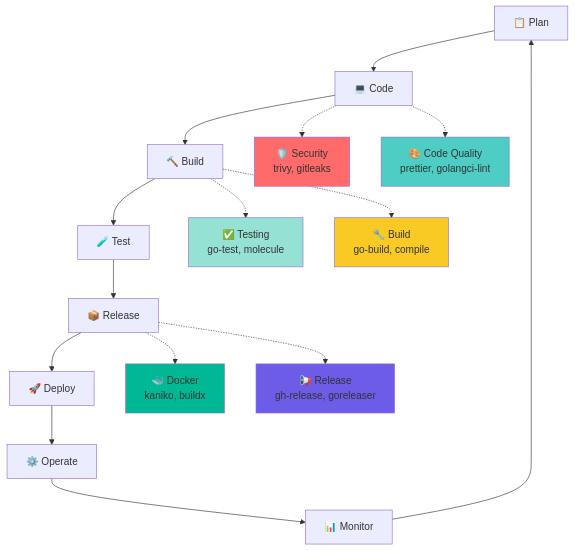
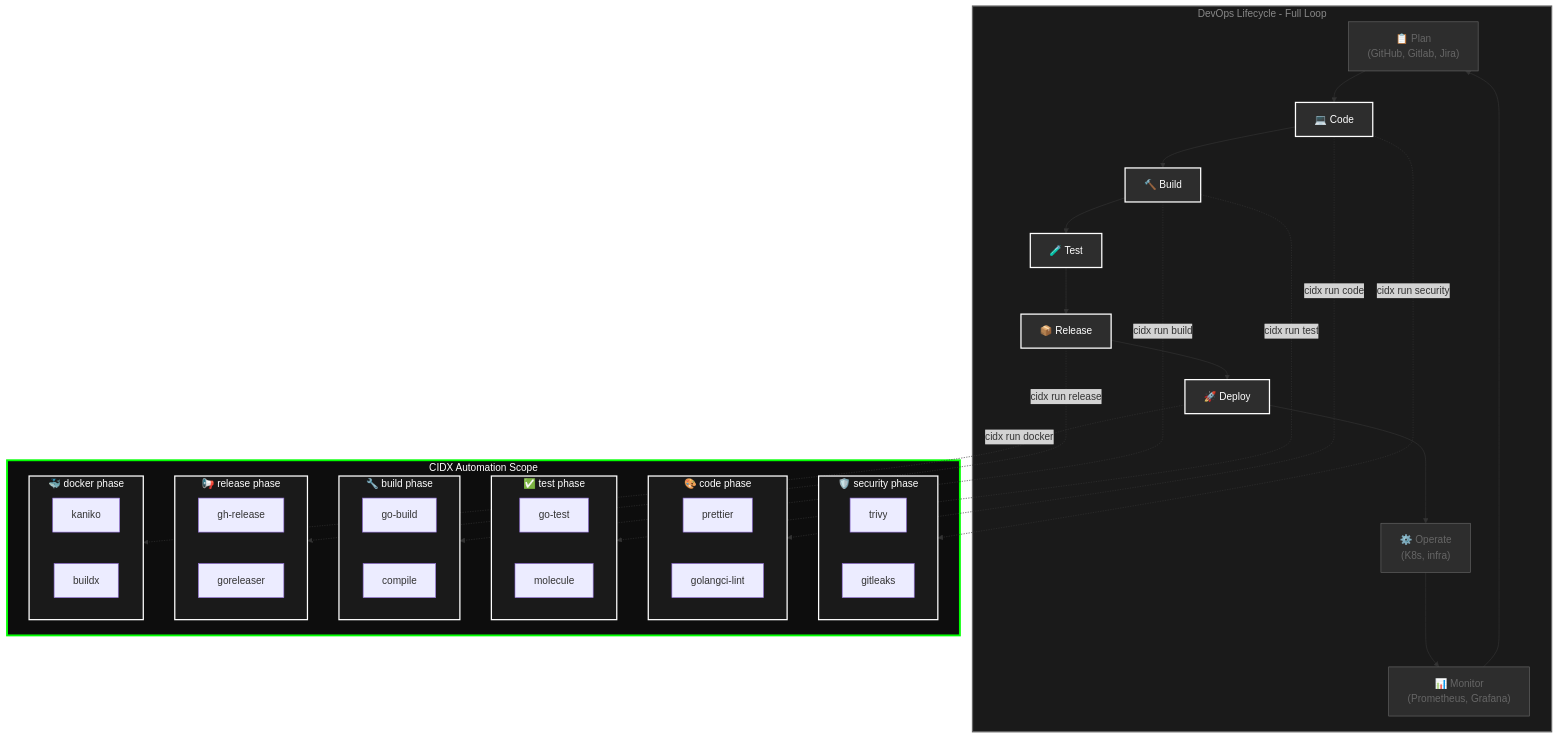
Before and after one commit to cidx-org/cidx: the first of 6 diagrams in docs/devops-integration.md, drawn with Mermaid. The commit also changed other lines of this file and 20 other files, not shown here.

````diff
--- a/docs/devops-integration.md
+++ b/docs/devops-integration.md
@@ -7,40 +20,79 @@
 ```mermaid
 flowchart TB
-    PLAN[📋 Plan]
-    CODE[💻 Code]
-    BUILD[🔨 Build]
-    TEST[🧪 Test]
-    RELEASE[📦 Release]
-    DEPLOY[🚀 Deploy]
-    OPERATE[⚙️ Operate]
-    MONITOR[📊 Monitor]
+    subgraph DevOps["DevOps Lifecycle - Full Loop"]
+        PLAN["📋 Plan<br/>(GitHub, Gitlab, Jira)"]
+        CODE[💻 Code]
+        BUILD[🔨 Build]
+        TEST[🧪 Test]
+        RELEASE[📦 Release]
+        DEPLOY[🚀 Deploy]
+        OPERATE["⚙️ Operate<br/>(K8s, infra)"]
+        MONITOR["📊 Monitor<br/>(Prometheus, Grafana)"]
 
-    SECURITY[🛡️ Security\ntrivy, gitleaks]
-    QUALITY[🎨 Code Quality\nprettier, golangci-lint]
-    TESTING[✅ Testing\ngo-test, molecule]
-    BUILDING[🔧 Build\ngo-build, compile]
-    DOCKER[🐳 Docker\nkaniko, buildx]
-    GH_RELEASE[📢 Release\ngh-release, goreleaser]
+        PLAN --> CODE
+        CODE --> BUILD
+        BUILD --> TEST
+        TEST --> RELEASE
+        RELEASE --> DEPLOY
+        DEPLOY --> OPERATE
+        OPERATE --> MONITOR
+        MONITOR --> PLAN
+    end
 
-    PLAN --> CODE
-    CODE --> BUILD
-    CODE -.-> SECURITY
-    CODE -.-> QUALITY
-    BUILD --> TEST
-    BUILD -.-> TESTING
-    BUILD -.-> BUILDING
-    TEST --> RELEASE
-    RELEASE -.-> DOCKER
-    RELEASE -.-> GH_RELEASE
-    RELEASE --> DEPLOY
-    DEPLOY --> OPERATE
-    OPERATE --> MONITOR
-    MONITOR --> PLAN
+    subgraph CIDX_SCOPE["CIDX Automation Scope"]
+        subgraph SECURITY["🛡️ security phase"]
+            SEC1[trivy]
+            SEC2[gitleaks]
+        end
 
-    style SECURITY fill:#ff6b6b
-    style QUALITY fill:#4ecdc4
-    style TESTING fill:#95e1d3
-    style BUILDING fill:#f9ca24
-    style DOCKER fill:#00b894
-    style GH_RELEASE fill:#6c5ce7
+        subgraph QUALITY["🎨 code phase"]
+            QUAL1[prettier]
+            QUAL2[golangci-lint]
+        end
+
+        subgraph TESTING["✅ test phase"]
+            TEST1[go-test]
+            TEST2[molecule]
+        end
+
+        subgraph BUILDING["🔧 build phase"]
+            BUILD1[go-build]
+            BUILD2[compile]
+        end
+
+        subgraph GH_RELEASE["📢 release phase"]
+            REL1[gh-release]
+            REL2[goreleaser]
+        end
+
+        subgraph DOCKER["🐳 docker phase"]
+            DOCK1[kaniko]
+            DOCK2[buildx]
+        end
+    end
+
+    CODE -.->|cidx run security| SECURITY
+    CODE -.->|cidx run code| QUALITY
+    BUILD -.->|cidx run test| TESTING
+    BUILD -.->|cidx run build| BUILDING
+    RELEASE -.->|cidx run release| GH_RELEASE
+    DEPLOY -.->|cidx run docker| DOCKER
+
+    style DevOps fill:#1a1a1a,stroke:#666,stroke-width:2px,color:#888
+    style PLAN fill:#2d2d2d,stroke:#666,stroke-width:1px,color:#666
+    style CODE fill:#2d2d2d,stroke:#fff,stroke-width:2px,color:#fff
+    style BUILD fill:#2d2d2d,stroke:#fff,stroke-width:2px,color:#fff
+    style TEST fill:#2d2d2d,stroke:#fff,stroke-width:2px,color:#fff
+    style RELEASE fill:#2d2d2d,stroke:#fff,stroke-width:2px,color:#fff
+    style DEPLOY fill:#2d2d2d,stroke:#fff,stroke-width:2px,color:#fff
+    style OPERATE fill:#2d2d2d,stroke:#666,stroke-width:1px,color:#666
+    style MONITOR fill:#2d2d2d,stroke:#666,stroke-width:1px,color:#666
+
+    style CIDX_SCOPE fill:#0d0d0d,stroke:#00ff00,stroke-width:3px,color:#fff
+    style SECURITY fill:#1a1a1a,stroke:#fff,stroke-width:2px,color:#fff
+    style QUALITY fill:#1a1a1a,stroke:#fff,stroke-width:2px,color:#fff
+    style TESTING fill:#1a1a1a,stroke:#fff,stroke-width:2px,color:#fff
+    style BUILDING fill:#1a1a1a,stroke:#fff,stroke-width:2px,color:#fff
+    style GH_RELEASE fill:#1a1a1a,stroke:#fff,stroke-width:2px,color:#fff
+    style DOCKER fill:#1a1a1a,stroke:#fff,stroke-width:2px,color:#fff
 ```
````
